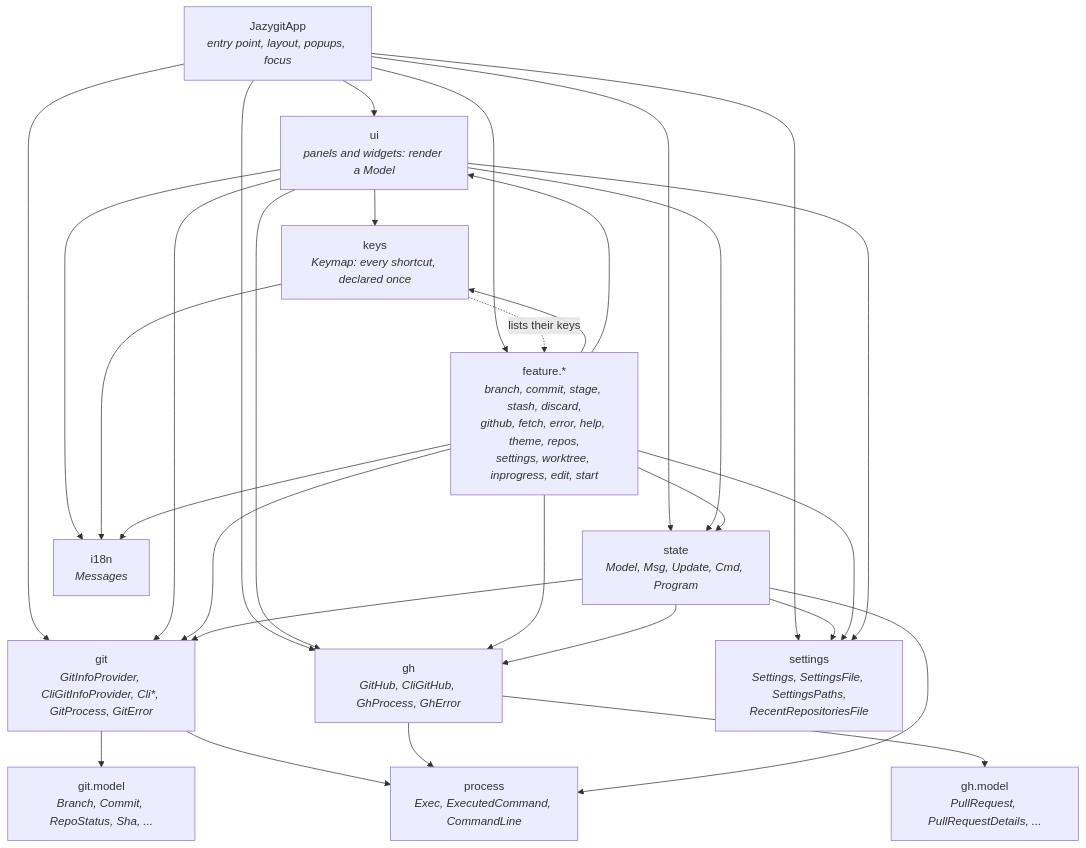
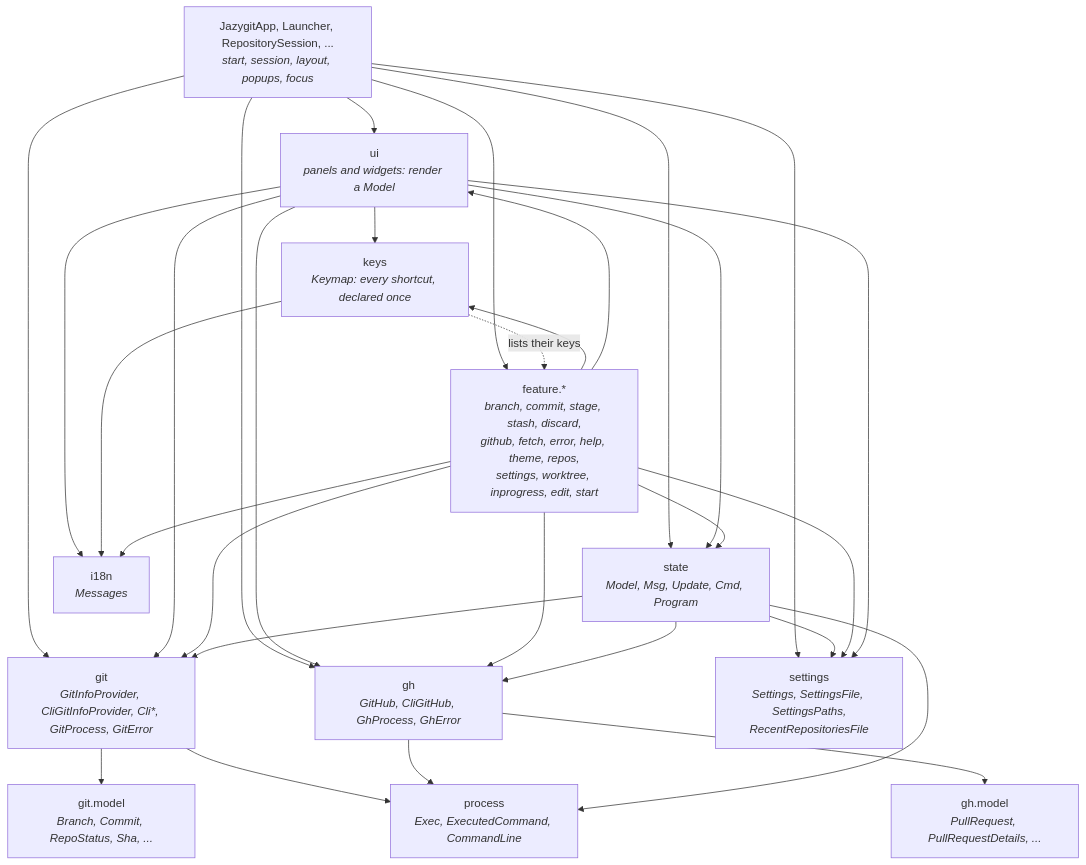
Before and after one commit to cvanfleteren/jazygit: the first of 7 diagrams in ARCHITECTURE.md, drawn with Mermaid. The commit also changed other lines of this file, not shown here.

Commit message:
ARCHITECTURE names the classes that took over parts of JazygitApp

````diff
--- a/ARCHITECTURE.md
+++ b/ARCHITECTURE.md
@@ -35,45 +35,45 @@
 ```mermaid
 graph TD
-    App["JazygitApp<br/><i>entry point, layout, popups, focus</i>"]
+    App["JazygitApp, Launcher, RepositorySession, ...<br/><i>start, session, layout, popups, focus</i>"]
     UI["ui<br/><i>panels and widgets: render a Model</i>"]
     Keys["keys<br/><i>Keymap: every shortcut, declared once</i>"]
     Feature["feature.*<br/><i>branch, commit, stage, stash, discard,<br/>github, fetch, error, help, theme, repos,<br/>settings, worktree, inprogress, edit, start</i>"]
     State["state<br/><i>Model, Msg, Update, Cmd, Program</i>"]
     Git["git<br/><i>GitInfoProvider, CliGitInfoProvider, Cli*, GitProcess, GitError</i>"]
     GitModel["git.model<br/><i>Branch, Commit, RepoStatus, Sha, ...</i>"]
     Gh["gh<br/><i>GitHub, CliGitHub, GhProcess, GhError</i>"]
     GhModel["gh.model<br/><i>PullRequest, PullRequestDetails, ...</i>"]
     Process["process<br/><i>Exec, ExecutedCommand, CommandLine</i>"]
     I18n["i18n<br/><i>Messages</i>"]
     Settings["settings<br/><i>Settings, SettingsFile, SettingsPaths,<br/>RecentRepositoriesFile</i>"]
 
     App --> UI
     App --> State
     App --> Feature
     App --> Git
     App --> Gh
     UI --> Keys
     UI --> State
     UI --> Git
     UI --> Gh
     Keys -. "lists their keys" .-> Feature
     Feature --> Keys
     Feature --> UI
     Feature --> State
     Feature --> Git
     State --> Git
     Git --> GitModel
     Feature --> Gh
     State --> Gh
     Gh --> GhModel
     Git --> Process
     Gh --> Process
     State --> Process
     UI --> I18n
     App --> Settings
     State --> Settings
     Feature --> Settings
     UI --> Settings
     Keys --> I18n
     Feature --> I18n
 ```
````
